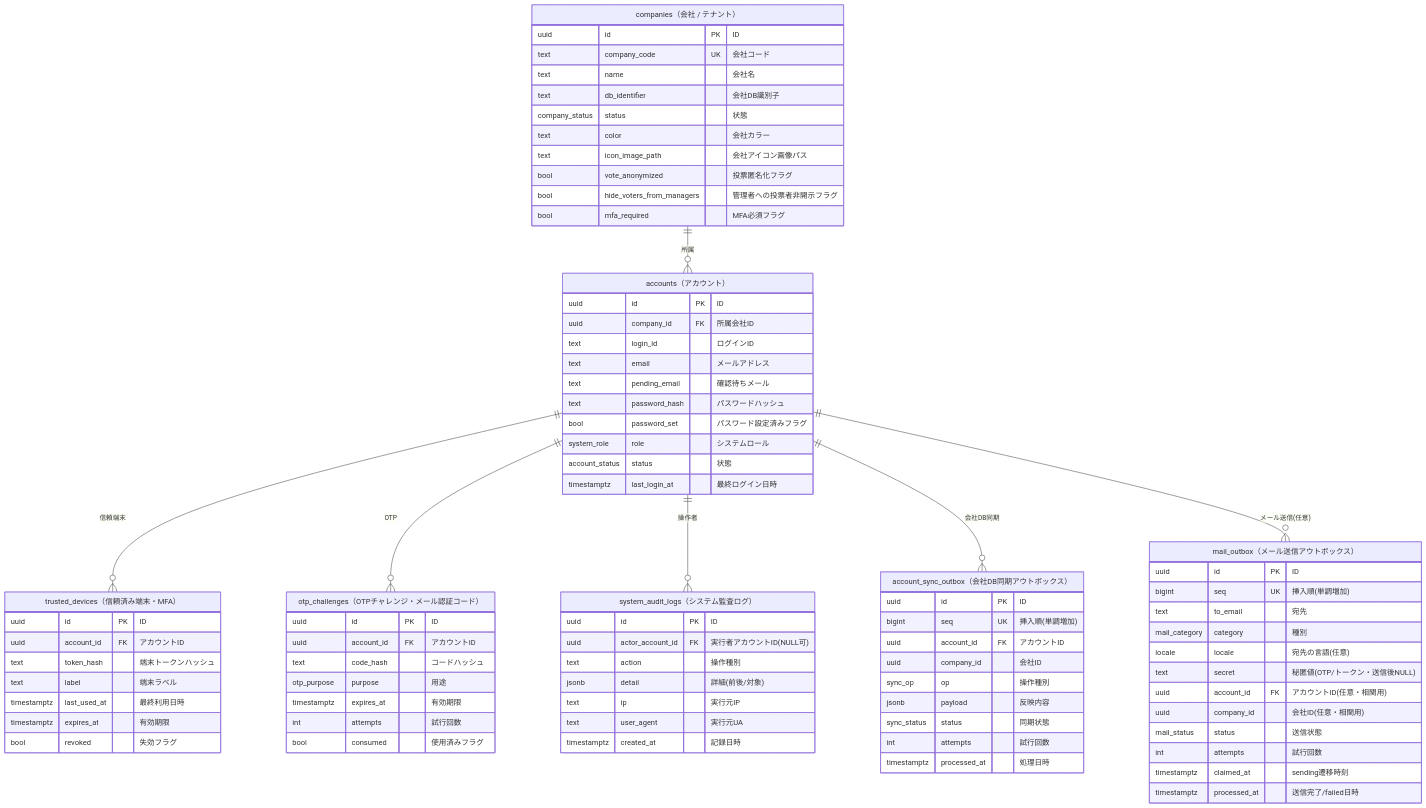
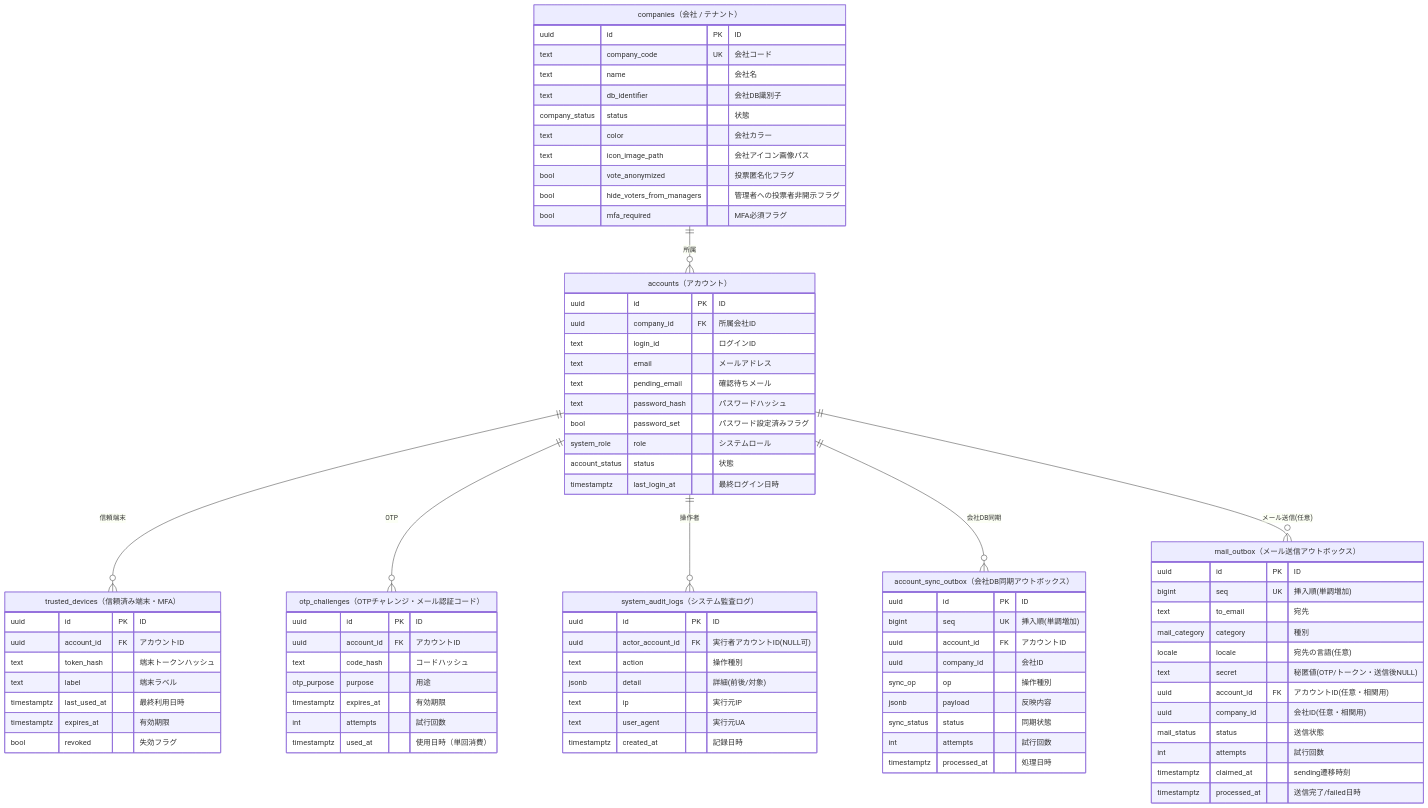
One commit to t-umekawa-sc/sc-ideaquest-G2 changed the second of 4 diagrams in doc/データモデル.md. Above: the diagram before and after it, drawn with Mermaid. The commit also changed other lines of this file and 9 other files, not shown here.

```diff
--- a/doc/データモデル.md
+++ b/doc/データモデル.md
@@ -203,7 +203,7 @@
     otp_purpose purpose "用途"
     timestamptz expires_at "有効期限"
     int attempts "試行回数"
-    bool consumed "使用済みフラグ"
+    timestamptz used_at "使用日時（単回消費）"
   }
   system_audit_logs["system_audit_logs（システム監査ログ）"] {
     uuid id PK "ID"
```
